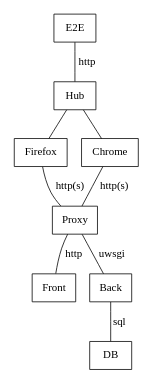
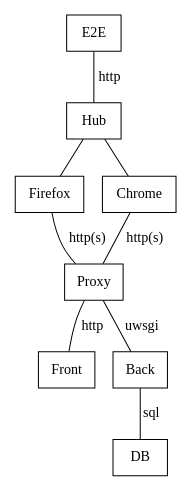
The diagram in src/images/dot/test-containers.dot (michelesr/thesis), drawn with Graphviz before and after one commit. The commit also changed 1 other file, not shown here.

Commit message:
Readapted size of test-containers graph

```diff
--- a/src/images/dot/test-containers.dot
+++ b/src/images/dot/test-containers.dot
@@ -1,13 +1,13 @@
 graph test_containers {
-  size="3.5,3.5"
+  size="4.5,4.5"
   autosize=false
   node [shape=rectangle]
   E2E -- Hub [label="http"]
   Hub -- Firefox
   Hub -- Chrome
   Firefox -- Proxy [label="http(s)"]
   Chrome -- Proxy [label="http(s)"]
   Proxy -- Front [label="http"]
   Proxy -- Back [label="uwsgi"]
   Back -- DB [label="sql"]
 }
```
